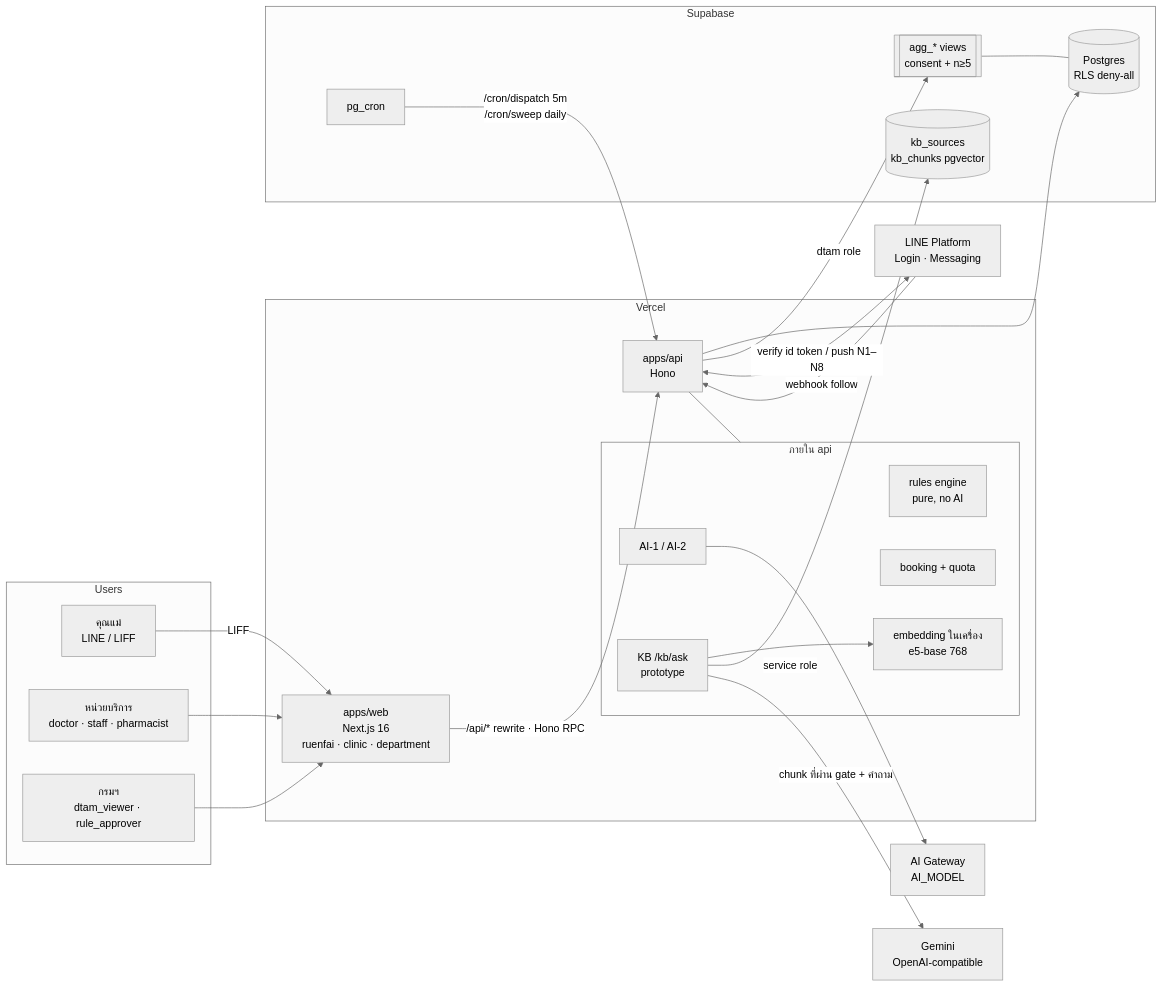
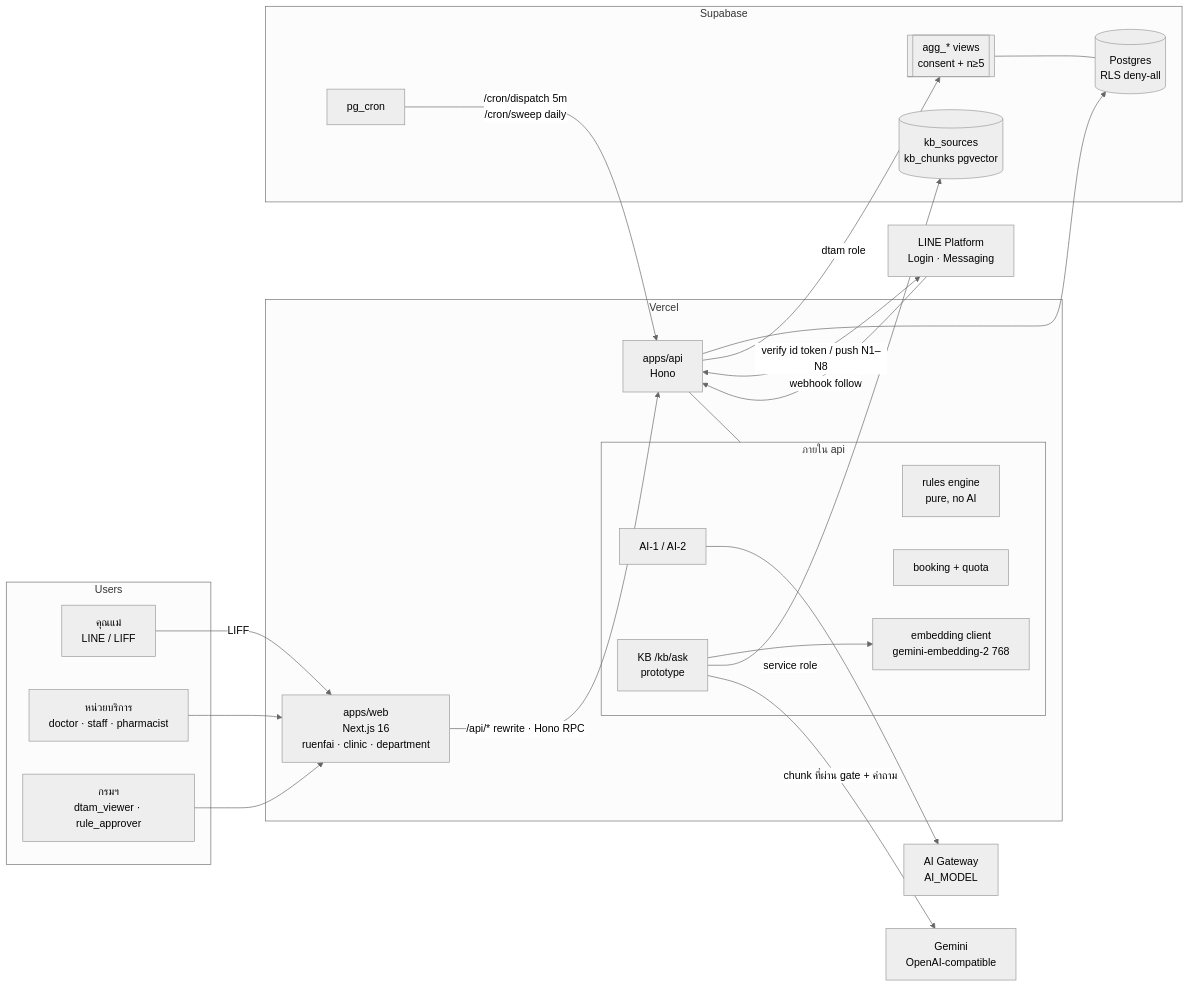
One commit to AYNO-I-KNOW/reuanfai changed the diagram in docs/ARCHITECTURE.md. Above: the diagram before and after it, drawn with Mermaid (neutral theme). The commit also changed other lines of this file and 15 other files, not shown here.

Commit message:
feat: KB embeddings via gemini-embedding-2 (768 dims), drop local e5

````diff
--- a/docs/ARCHITECTURE.md
+++ b/docs/ARCHITECTURE.md
@@ -7,47 +7,47 @@
 ```mermaid
 flowchart LR
   subgraph Users
     M[คุณแม่<br/>LINE / LIFF]
     P[หน่วยบริการ<br/>doctor · staff · pharmacist]
     D[กรมฯ<br/>dtam_viewer · rule_approver]
   end
 
   subgraph Vercel
     W[apps/web<br/>Next.js 16<br/>ruenfai · clinic · department]
     A[apps/api<br/>Hono]
     subgraph A_int[ภายใน api]
       RE[rules engine<br/>pure, no AI]
       BK[booking + quota]
       AI[AI-1 / AI-2]
       KB[KB /kb/ask<br/>prototype]
-      EMB[embedding ในเครื่อง<br/>e5-base 768]
+      EMB[embedding client<br/>gemini-embedding-2 768]
     end
   end
 
   subgraph Supabase
     DB[(Postgres<br/>RLS deny-all)]
     AG[[agg_* views<br/>consent + n≥5]]
     CR[pg_cron]
     KBT[(kb_sources<br/>kb_chunks pgvector)]
   end
 
   LINE[LINE Platform<br/>Login · Messaging]
   GW[AI Gateway<br/>AI_MODEL]
   GM[Gemini<br/>OpenAI-compatible]
 
   M -- LIFF --> W
   P --> W
   D --> W
   W -- "/api/* rewrite · Hono RPC" --> A
   A --> DB
   A -- dtam role --> AG
   AG --- DB
   A <-- verify id token / push N1–N8 --> LINE
   LINE -- webhook follow --> A
   CR -- /cron/dispatch 5m<br/>/cron/sweep daily --> A
   AI --> GW
   KB --> EMB
   KB -- service role --> KBT
   KB -- chunk ที่ผ่าน gate + คำถาม --> GM
   A --- A_int
 ```
````
